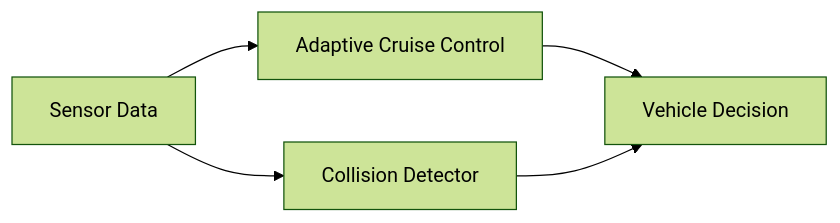
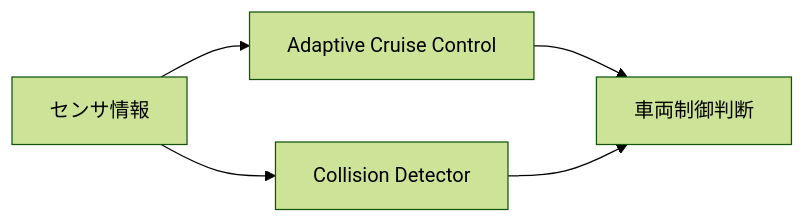
The first of 3 diagrams in README.md (sekiya-mukai/autonomous-driving-demo), drawn with Mermaid (forest theme) before and after one commit. The commit also changed other lines of this file, not shown here.

````diff
--- a/README.md
+++ b/README.md
@@ -25,17 +31,17 @@
 ```mermaid
 flowchart LR
 
-    SensorData["Sensor Data"]
+    Sensor["センサ情報"]
 
     ACC["Adaptive Cruise Control"]
 
     Collision["Collision Detector"]
 
-    Decision["Vehicle Decision"]
+    Decision["車両制御判断"]
 
-    SensorData --> ACC
-    SensorData --> Collision
+    Sensor --> ACC
+    Sensor --> Collision
 
     ACC --> Decision
     Collision --> Decision
 ```
````
